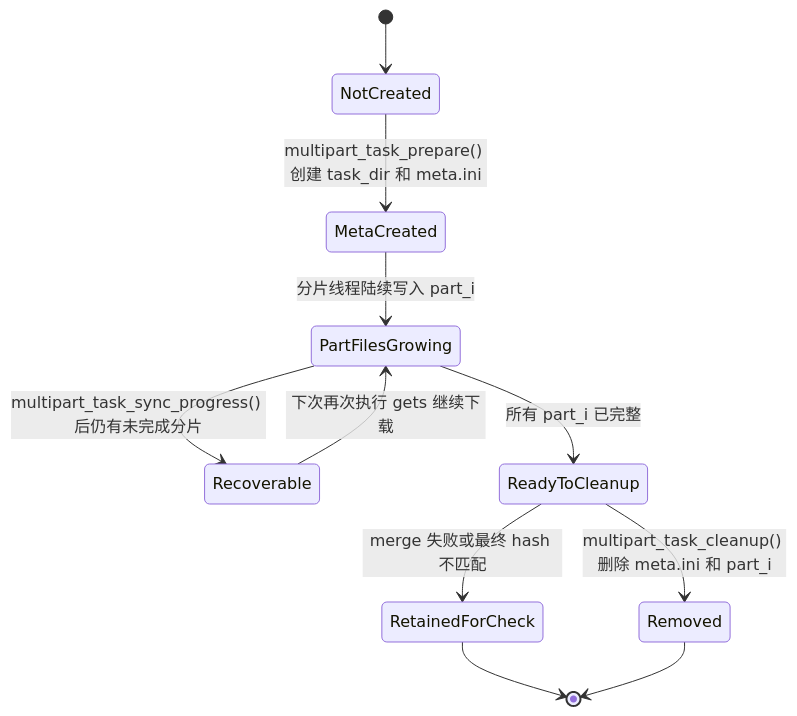
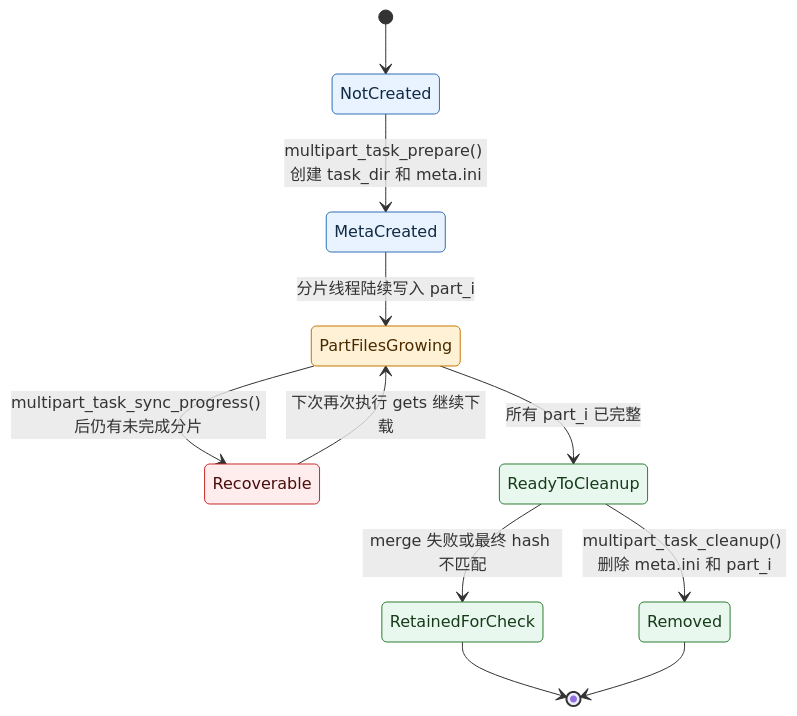
Diagram 12 of 12 in docs/V5全流程状态图详解.md (panlong-studio/WindCloud_V4), drawn with Mermaid before and after one commit. The commit also changed other lines of this file and 5 other files, not shown here.

````diff
--- a/docs/V5全流程状态图详解.md
+++ b/docs/V5全流程状态图详解.md
@@ -825,13 +959,24 @@
 ```mermaid
 stateDiagram-v2
     [*] --> NotCreated
     NotCreated --> MetaCreated: multipart_task_prepare() 创建 task_dir 和 meta.ini
     MetaCreated --> PartFilesGrowing: 分片线程陆续写入 part_i
     PartFilesGrowing --> Recoverable: multipart_task_sync_progress() 后仍有未完成分片
     PartFilesGrowing --> ReadyToCleanup: 所有 part_i 已完整
     ReadyToCleanup --> RetainedForCheck: merge 失败或最终 hash 不匹配
     ReadyToCleanup --> Removed: multipart_task_cleanup() 删除 meta.ini 和 part_i
     Recoverable --> PartFilesGrowing: 下次再次执行 gets 继续下载
     RetainedForCheck --> [*]
     Removed --> [*]
+    classDef init fill:#E8F3FF,stroke:#2F6FB6,color:#102A43
+    classDef active fill:#FFF1D6,stroke:#C77700,color:#4A2B00
+    classDef transfer fill:#EFFFFA,stroke:#00897B,color:#003D35
+    classDef success fill:#E9F8EF,stroke:#2E7D32,color:#173B1A
+    classDef final fill:#F3ECFF,stroke:#7C4DFF,color:#2D1B69
+    classDef fail fill:#FFECEC,stroke:#C62828,color:#4A0D0D
+
+    class NotCreated,MetaCreated init
+    class PartFilesGrowing active
+    class ReadyToCleanup,RetainedForCheck,Removed success
+    class Recoverable fail
 ```
````
